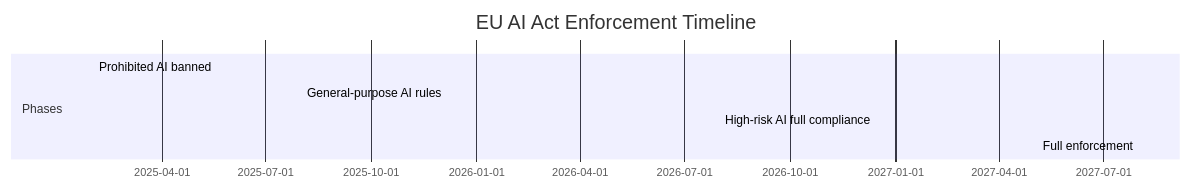
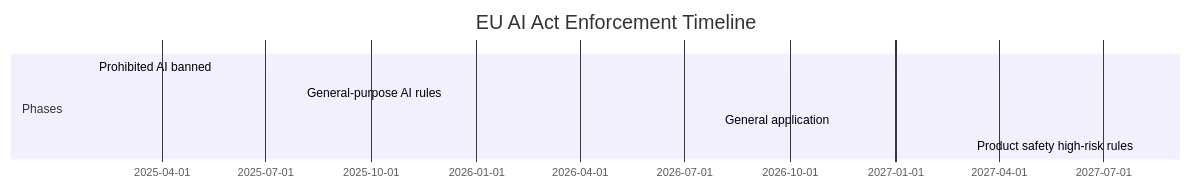
One commit to juspay/neurolink-blog changed the second of 2 diagrams in _posts/2026-02-06-eu-ai-act-compliance.md. Above: the diagram before and after it, drawn with Mermaid. The commit also changed other lines of this file and 172 other files, not shown here.

````diff
--- a/_posts/2026-02-06-eu-ai-act-compliance.md
+++ b/_posts/2026-02-06-eu-ai-act-compliance.md
@@ -380,10 +364,10 @@
 ```mermaid
 gantt
     title EU AI Act Enforcement Timeline
     dateFormat YYYY-MM
     section Phases
     Prohibited AI banned           :done, 2025-02, 2025-02
     General-purpose AI rules       :active, 2025-08, 2025-08
-    High-risk AI full compliance   :2026-08, 2026-08
-    Full enforcement               :2027-08, 2027-08
+    General application            :2026-08, 2026-08
+    Product safety high-risk rules :2027-08, 2027-08
 ```
````
